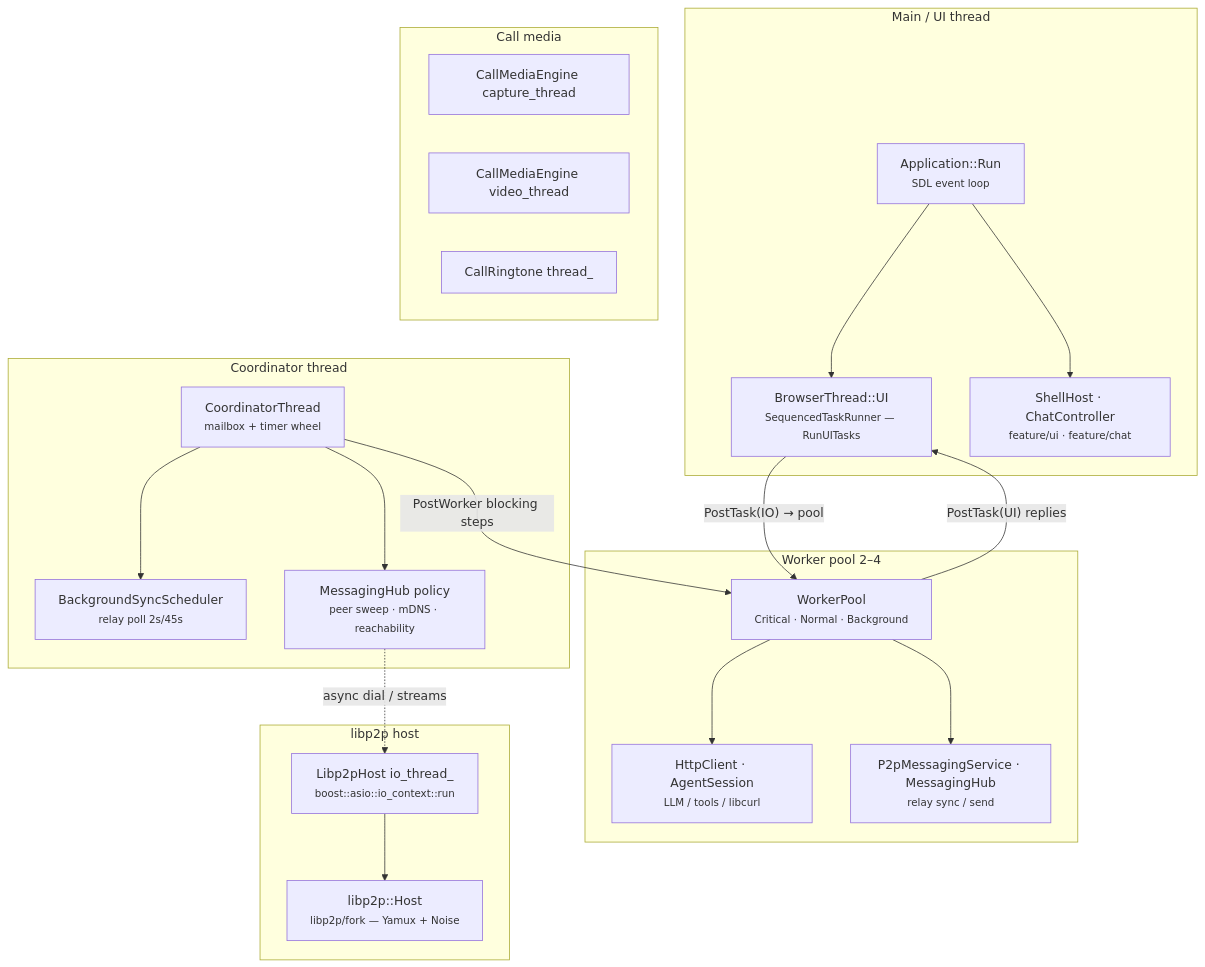
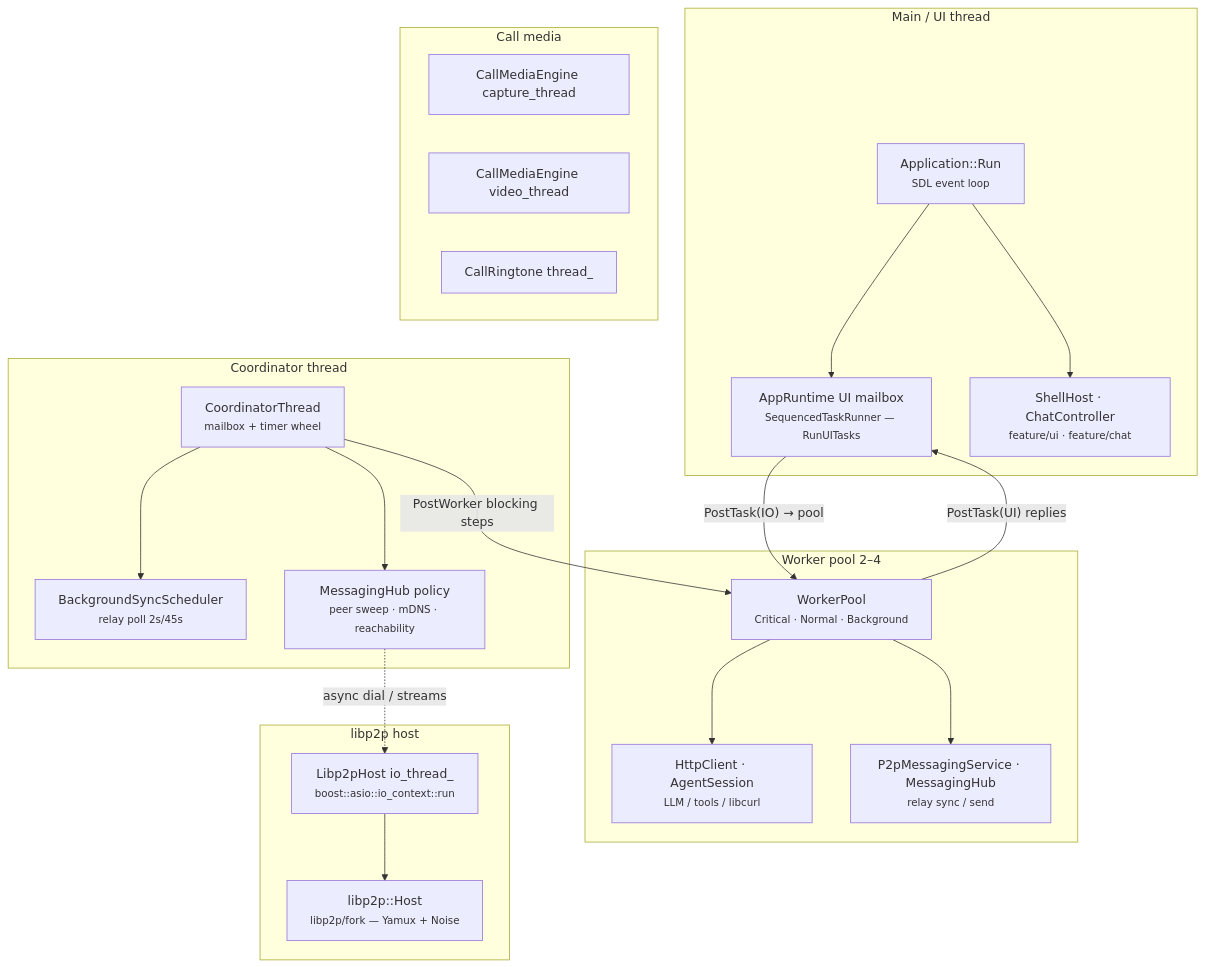
One commit to people-post/pp-browser changed the fourth of 4 diagrams in docs/architecture/RUNTIME_COMPOSITION.md. Above: the diagram before and after it, drawn with Mermaid. The commit also changed other lines of this file and 38 other files, not shown here.

Commit message:
BrowserThread retire

````diff
--- a/docs/architecture/RUNTIME_COMPOSITION.md
+++ b/docs/architecture/RUNTIME_COMPOSITION.md
@@ -224,43 +224,43 @@
 ```mermaid
 flowchart TB
   subgraph main["Main / UI thread"]
     SDL["Application::Run<br/><small>SDL event loop</small>"]
-    UIQ["BrowserThread::UI<br/><small>SequencedTaskRunner — RunUITasks</small>"]
+    UIQ["AppRuntime UI mailbox<br/><small>SequencedTaskRunner — RunUITasks</small>"]
     ShellTick["ShellHost · ChatController<br/><small>feature/ui · feature/chat</small>"]
     SDL --> UIQ
     SDL --> ShellTick
   end
 
   subgraph coord["Coordinator thread"]
     Coord["CoordinatorThread<br/><small>mailbox + timer wheel</small>"]
     RelayPoll["BackgroundSyncScheduler<br/><small>relay poll 2s/45s</small>"]
     HubPolicy["MessagingHub policy<br/><small>peer sweep · mDNS · reachability</small>"]
     Coord --> RelayPoll
     Coord --> HubPolicy
   end
 
   subgraph pool["Worker pool 2–4"]
     Pool["WorkerPool<br/><small>Critical · Normal · Background</small>"]
     Http["HttpClient · AgentSession<br/><small>LLM / tools / libcurl</small>"]
     P2pWork["P2pMessagingService · MessagingHub<br/><small>relay sync / send</small>"]
     Pool --> Http
     Pool --> P2pWork
   end
 
   subgraph libp2p_stack["libp2p host"]
     LpIo["Libp2pHost io_thread_<br/><small>boost::asio::io_context::run</small>"]
     Host["libp2p::Host<br/><small>libp2p/fork — Yamux + Noise</small>"]
     LpIo --> Host
   end
 
   subgraph media_stack["Call media"]
     Cap["CallMediaEngine capture_thread"]
     Vid["CallMediaEngine video_thread"]
     Ring["CallRingtone thread_"]
   end
 
   UIQ -->|"PostTask(IO) → pool"| Pool
   Pool -->|"PostTask(UI) replies"| UIQ
   Coord -->|"PostWorker blocking steps"| Pool
   HubPolicy -.->|"async dial / streams"| LpIo
 ```
````
